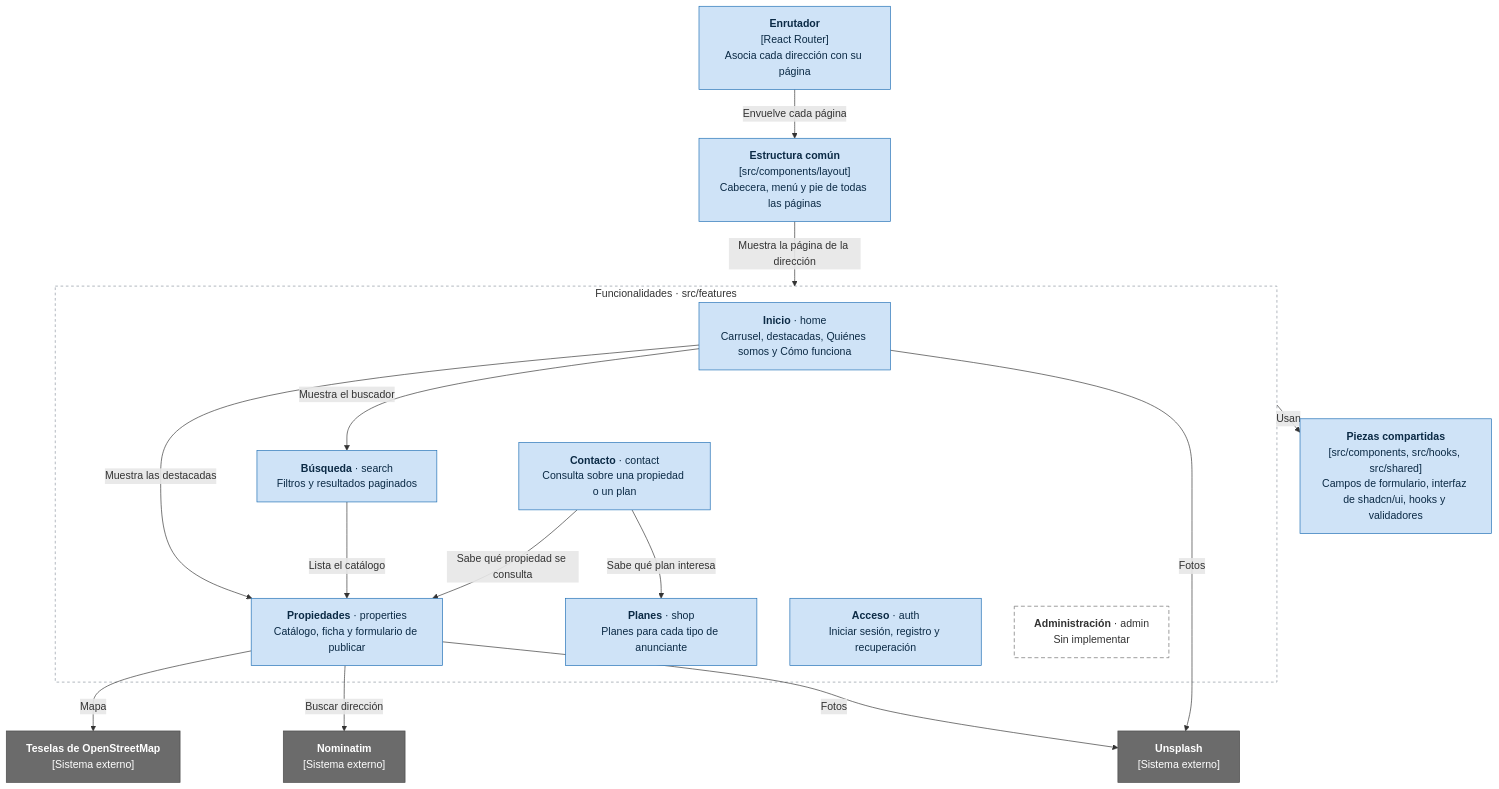
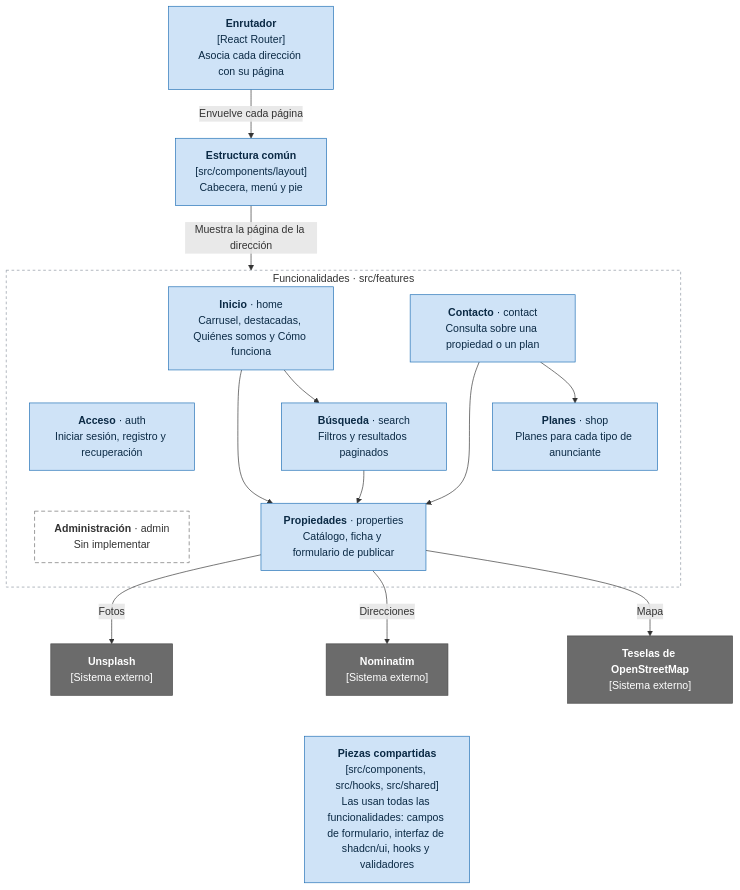
The fourth of 6 diagrams in docs/arquitectura.md (jespinal899/raizMotor), drawn with Mermaid before and after one commit. The commit also changed other lines of this file, not shown here.

Commit message:
docs: reorganiza el diagrama de componentes para que se lea en GitHub
GitHub dibuja los diagramas con Mermaid 11.17.2, que colocaba las
funcionalidades en una sola fila: el diagrama del nivel 3 medía más
del doble del ancho de la página y su texto quedaba en unos 6 px.

Ahora las funcionalidades van en tres columnas y las flechas entre
ellas no llevan texto, que pasa a una lista bajo el diagrama. Con la
misma versión de Mermaid el texto queda en unos 12 px.

````diff
--- a/docs/arquitectura.md
+++ b/docs/arquitectura.md
@@ -122,46 +122,47 @@
 ```mermaid
-%%{init: {"flowchart": {"wrappingWidth": 230}}}%%
+%%{init: {"flowchart": {"wrappingWidth": 190}}}%%
 flowchart TB
     accTitle: Componentes de la aplicación web
-    accDescr: El enrutador muestra, dentro de la estructura común, la página de cada funcionalidad. Las funcionalidades usan las piezas compartidas, y Propiedades e Inicio consultan los sistemas externos.
+    accDescr: El enrutador muestra, dentro de la estructura común, la página de cada funcionalidad. Inicio usa Búsqueda y Propiedades, Búsqueda usa Propiedades y Contacto usa Propiedades y Planes. Propiedades consulta los sistemas externos. Todas usan las piezas compartidas.
 
     router["<b>Enrutador</b><br/>[React Router]<br/>Asocia cada dirección con su página"]
-    layout["<b>Estructura común</b><br/>[src/components/layout]<br/>Cabecera, menú y pie de todas las páginas"]
+    layout["<b>Estructura común</b><br/>[src/components/layout]<br/>Cabecera, menú y pie"]
 
     subgraph features ["Funcionalidades · src/features"]
         home["<b>Inicio</b> · home<br/>Carrusel, destacadas, Quiénes somos y Cómo funciona"]
+        contact["<b>Contacto</b> · contact<br/>Consulta sobre una propiedad o un plan"]
+        auth["<b>Acceso</b> · auth<br/>Iniciar sesión, registro y recuperación"]
         search["<b>Búsqueda</b> · search<br/>Filtros y resultados paginados"]
+        shop["<b>Planes</b> · shop<br/>Planes para cada tipo de anunciante"]
+        admin["<b>Administración</b> · admin<br/>Sin implementar"]
         properties["<b>Propiedades</b> · properties<br/>Catálogo, ficha y formulario de publicar"]
-        contact["<b>Contacto</b> · contact<br/>Consulta sobre una propiedad o un plan"]
-        shop["<b>Planes</b> · shop<br/>Planes para cada tipo de anunciante"]
-        auth["<b>Acceso</b> · auth<br/>Iniciar sesión, registro y recuperación"]
-        admin["<b>Administración</b> · admin<br/>Sin implementar"]
+
+        home --> search --> properties
+        home --> properties
+        contact --> shop
+        contact --> properties
+        %% Enlaces invisibles: solo ordenan las cajas en tres columnas para que el diagrama no se ensanche.
+        contact ~~~ search
+        auth ~~~ admin
     end
-
-    shared["<b>Piezas compartidas</b><br/>[src/components, src/hooks, src/shared]<br/>Campos de formulario, interfaz de shadcn/ui, hooks y validadores"]
 
     tiles["<b>Teselas de OpenStreetMap</b><br/>[Sistema externo]"]
     nominatim["<b>Nominatim</b><br/>[Sistema externo]"]
     unsplash["<b>Unsplash</b><br/>[Sistema externo]"]
+    shared["<b>Piezas compartidas</b><br/>[src/components, src/hooks, src/shared]<br/>Las usan todas las funcionalidades: campos de formulario, interfaz de shadcn/ui, hooks y validadores"]
 
     router -- "Envuelve cada página" --> layout
     layout -- "Muestra la página de la dirección" --> features
-    home -- "Muestra el buscador" --> search
-    home -- "Muestra las destacadas" --> properties
-    search -- "Lista el catálogo" --> properties
-    contact -- "Sabe qué propiedad se consulta" --> properties
-    contact -- "Sabe qué plan interesa" --> shop
-    features -- "Usan" --> shared
     properties -- "Mapa" --> tiles
-    properties -- "Buscar dirección" --> nominatim
+    properties -- "Direcciones" --> nominatim
     properties -- "Fotos" --> unsplash
-    home -- "Fotos" --> unsplash
+    nominatim ~~~ shared
 
     classDef componente fill:#cfe3f7,stroke:#1f6fb5,color:#0b2a45
     classDef externo fill:#6b6b6b,stroke:#4a4a4a,color:#fff
     classDef pendiente fill:#fff,stroke:#6b6b6b,color:#333,stroke-dasharray:6 4
     class router,layout,home,search,properties,contact,shop,auth,shared componente
     class tiles,nominatim,unsplash externo
     class admin pendiente
     style features fill:none,stroke:#8c959f,stroke-dasharray:4 4
 ```
````
